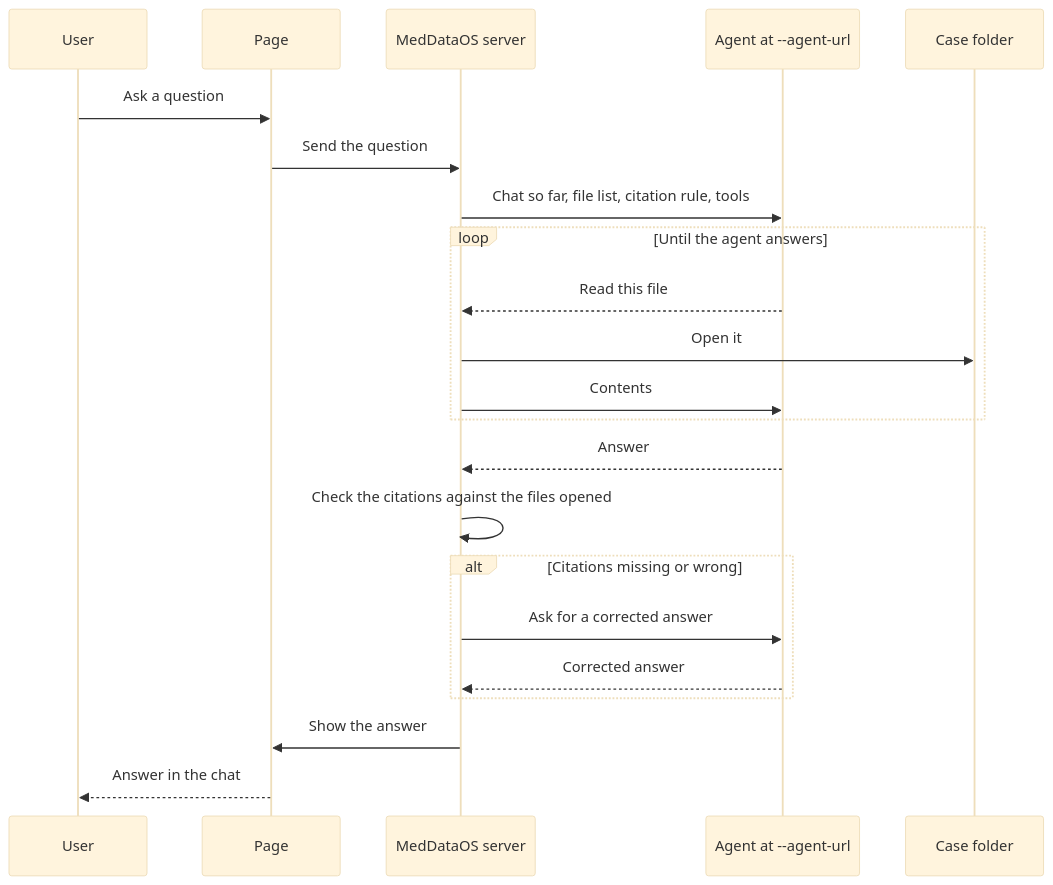
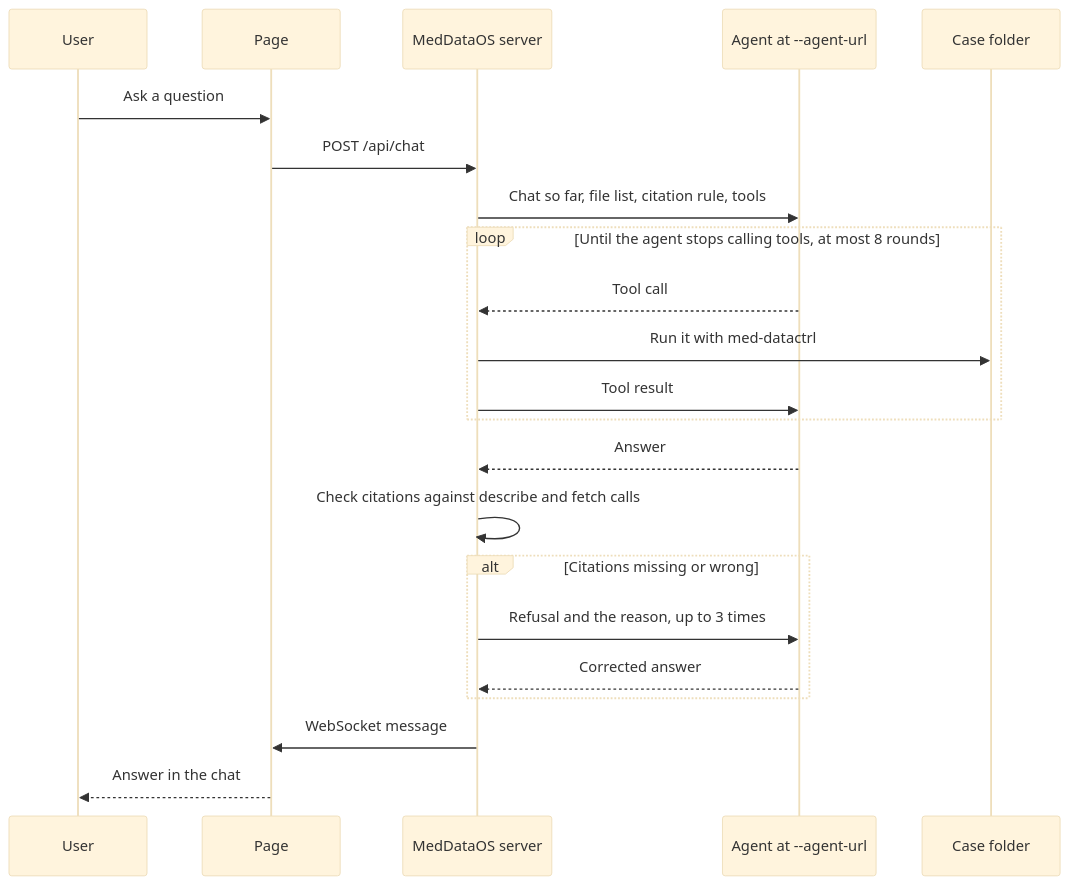
Before and after one commit to JoshuaSiraj/MedDataOS: the diagram in README.md, drawn with Mermaid (base theme). The commit also changed other lines of this file and 2 other files, not shown here.

Commit message:
docs: Update README and agent documentation to clarify server setup and agent interaction

````diff
--- a/README.md
+++ b/README.md
@@ -27,25 +37,25 @@
 ```mermaid
 sequenceDiagram
     participant User
     participant Page
     participant Server as MedDataOS server
     participant Agent as Agent at --agent-url
     participant Folder as Case folder
 
     User->>Page: Ask a question
-    Page->>Server: Send the question
+    Page->>Server: POST /api/chat
     Server->>Agent: Chat so far, file list, citation rule, tools
-    loop Until the agent answers
-        Agent-->>Server: Read this file
-        Server->>Folder: Open it
-        Server->>Agent: Contents
+    loop Until the agent stops calling tools, at most 8 rounds
+        Agent-->>Server: Tool call
+        Server->>Folder: Run it with med-datactrl
+        Server->>Agent: Tool result
     end
     Agent-->>Server: Answer
-    Server->>Server: Check the citations against the files opened
+    Server->>Server: Check citations against describe and fetch calls
     alt Citations missing or wrong
-        Server->>Agent: Ask for a corrected answer
+        Server->>Agent: Refusal and the reason, up to 3 times
         Agent-->>Server: Corrected answer
     end
-    Server->>Page: Show the answer
+    Server->>Page: WebSocket message
     Page-->>User: Answer in the chat
 ```
````
